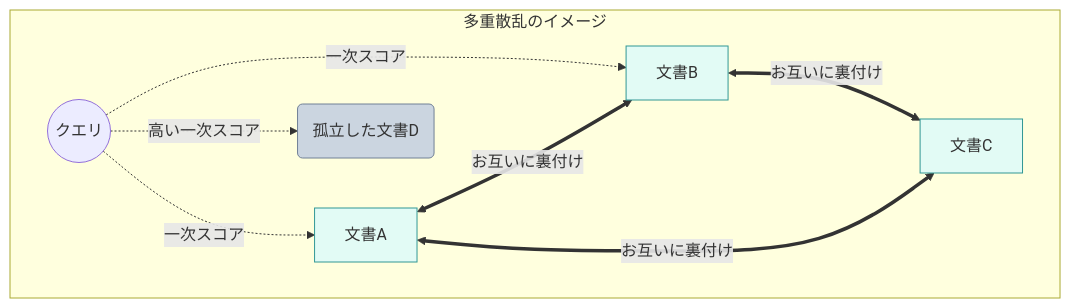
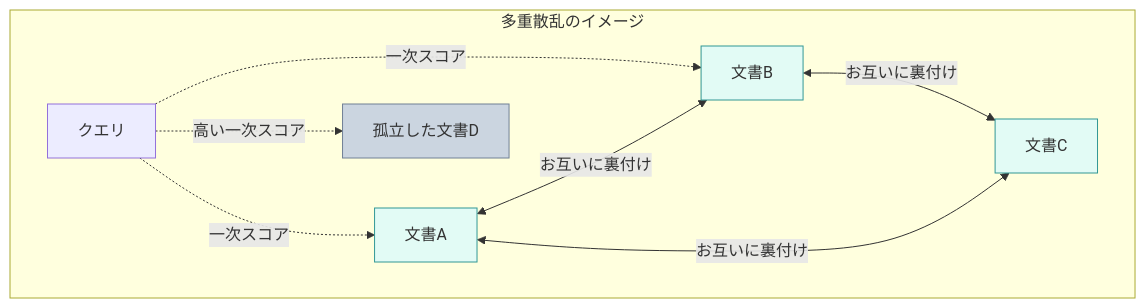
One commit to daiki-moritake/warpvector changed the third of 4 diagrams in articles/physics-graph-reranker.md. Above: the diagram before and after it, drawn with Mermaid. The commit also changed other lines of this file and 1 other file, not shown here.

Commit message:
style: Mermaid v11.14.0で発生するシンタックスエラーを修正

````diff
--- a/articles/physics-graph-reranker.md
+++ b/articles/physics-graph-reranker.md
@@ -147,17 +147,17 @@
 ```mermaid
 graph TD
     subgraph RumorNetwork["多重散乱のイメージ"]
-        Query((クエリ)) -.->|一次スコア| DocA[文書A]
-        Query -.->|一次スコア| DocB[文書B]
-        Query -.->|高い一次スコア| DocD(孤立した文書D)
+        Query["クエリ"] -.->|一次スコア| DocA["文書A"]
+        Query -.->|一次スコア| DocB["文書B"]
+        Query -.->|高い一次スコア| DocD["孤立した文書D"]
 
-        DocA <==>|お互いに裏付け| DocB
-        DocB <==>|お互いに裏付け| DocC[文書C]
-        DocA <==>|お互いに裏付け| DocC
+        DocA <-->|お互いに裏付け| DocB
+        DocB <-->|お互いに裏付け| DocC["文書C"]
+        DocA <-->|お互いに裏付け| DocC
     end
 
     style DocD fill:#cbd5e0,stroke:#718096
     style DocA fill:#e2fbf5,stroke:#319795
     style DocB fill:#e2fbf5,stroke:#319795
     style DocC fill:#e2fbf5,stroke:#319795
 ```
````
